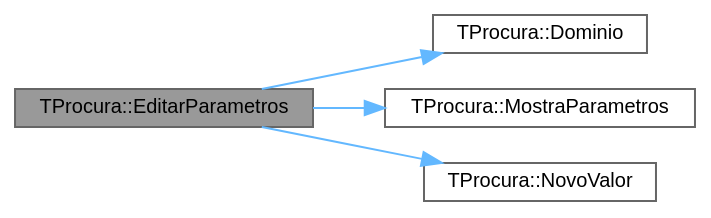
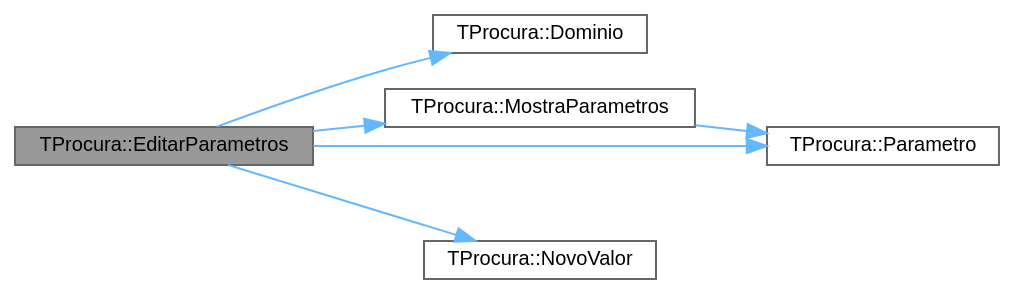
One commit to jcoelho72/TProcura changed the diagram in classTProcura_ab044dca559e3c04e5cec68647af2c7c4_cgraph.dot. Above: the diagram before and after it, drawn with Graphviz. The commit also changed 85 other files, not shown here.

```diff
--- a/classTProcura_ab044dca559e3c04e5cec68647af2c7c4_cgraph.dot
+++ b/classTProcura_ab044dca559e3c04e5cec68647af2c7c4_cgraph.dot
@@ -1,15 +1,18 @@
 digraph "TProcura::EditarParametros"
 {
  // LATEX_PDF_SIZE
   bgcolor="transparent";
   edge [fontname=Helvetica,fontsize=10,labelfontname=Helvetica,labelfontsize=10];
   node [fontname=Helvetica,fontsize=10,shape=box,height=0.2,width=0.4];
   rankdir="LR";
   Node1 [id="Node000001",label="TProcura::EditarParametros",height=0.2,width=0.4,color="gray40", fillcolor="grey60", style="filled", fontcolor="black",tooltip=" "];
-  Node1 -> Node2 [id="edge4_Node000001_Node000002",color="steelblue1",style="solid",tooltip=" "];
+  Node1 -> Node2 [id="edge6_Node000001_Node000002",color="steelblue1",style="solid",tooltip=" "];
   Node2 [id="Node000002",label="TProcura::Dominio",height=0.2,width=0.4,color="grey40", fillcolor="white", style="filled",URL="$classTProcura.html#a12cd67e1b86ed4d6a6c47c652c0cd9bf",tooltip=" "];
-  Node1 -> Node3 [id="edge5_Node000001_Node000003",color="steelblue1",style="solid",tooltip=" "];
+  Node1 -> Node3 [id="edge7_Node000001_Node000003",color="steelblue1",style="solid",tooltip=" "];
   Node3 [id="Node000003",label="TProcura::MostraParametros",height=0.2,width=0.4,color="grey40", fillcolor="white", style="filled",URL="$classTProcura.html#a6fb8a8658085b349818e46835868c564",tooltip=" "];
-  Node1 -> Node4 [id="edge6_Node000001_Node000004",color="steelblue1",style="solid",tooltip=" "];
-  Node4 [id="Node000004",label="TProcura::NovoValor",height=0.2,width=0.4,color="grey40", fillcolor="white", style="filled",URL="$classTProcura.html#a9918a19f3cead7c9c6bd28f19ff31b0e",tooltip=" "];
+  Node3 -> Node4 [id="edge8_Node000003_Node000004",color="steelblue1",style="solid",tooltip=" "];
+  Node4 [id="Node000004",label="TProcura::Parametro",height=0.2,width=0.4,color="grey40", fillcolor="white", style="filled",URL="$classTProcura.html#aea8aa78e35d28d0beb438e24fc7ee086",tooltip=" "];
+  Node1 -> Node5 [id="edge9_Node000001_Node000005",color="steelblue1",style="solid",tooltip=" "];
+  Node5 [id="Node000005",label="TProcura::NovoValor",height=0.2,width=0.4,color="grey40", fillcolor="white", style="filled",URL="$classTProcura.html#a9918a19f3cead7c9c6bd28f19ff31b0e",tooltip=" "];
+  Node1 -> Node4 [id="edge10_Node000001_Node000004",color="steelblue1",style="solid",tooltip=" "];
 }
```
